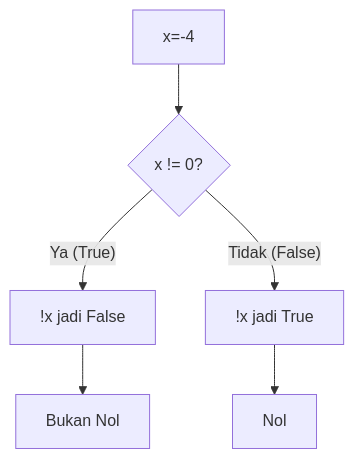
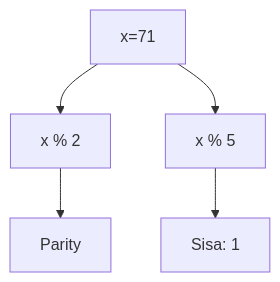
One commit to amnahwaida/OSNK_INF_PREP changed the tenth of 25 diagrams in part-c-pemahaman-cpp/02-percabangan/latihan/set-12.md. Above: the diagram before and after it, drawn with Mermaid. The commit also changed other lines of this file and 71 other files, not shown here.

````diff
--- a/part-c-pemahaman-cpp/02-percabangan/latihan/set-12.md
+++ b/part-c-pemahaman-cpp/02-percabangan/latihan/set-12.md
@@ -258,8 +294,7 @@
 ```mermaid
 graph TD
-    A[x=-4] --> B{x != 0?}
-    B -- Ya (True) --> C["!x jadi False"]
-    B -- Tidak (False) --> D["!x jadi True"]
-    C --> E[Bukan Nol]
-    D --> F[Nol]
+A[x=71] --> B[x % 2]
+B --> C[Parity]
+A --> D[x % 5]
+D --> E[Sisa: 1]
 ```
````
